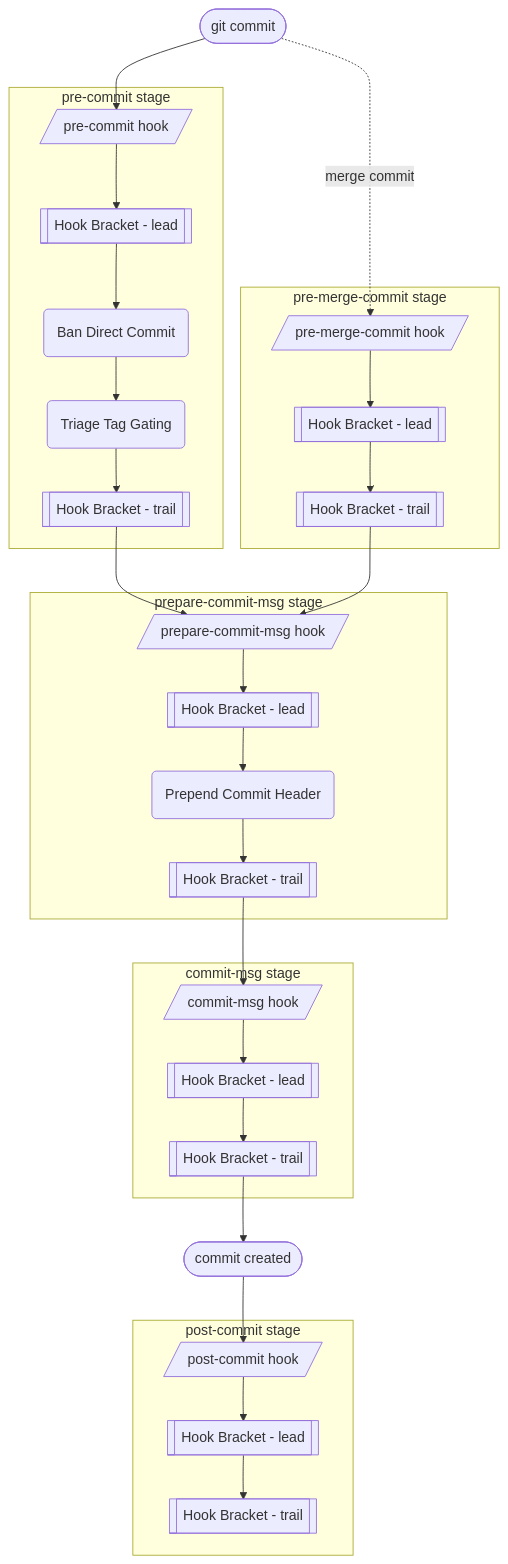
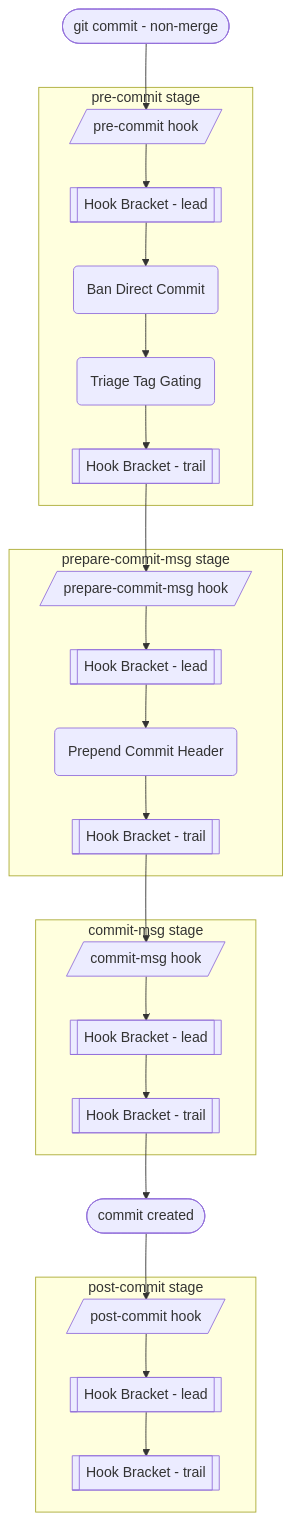
One commit to kami-lel/hupy changed the first of 11 diagrams in docs/flow_doc.md. Above: the diagram before and after it, drawn with Mermaid. The commit also changed other lines of this file, not shown here.

First line of the commit message:
docs: split Commit flow into non-merge vs new Merge Flow diagrams

````diff
--- a/docs/flow_doc.md
+++ b/docs/flow_doc.md
@@ -42,44 +42,36 @@
 ```mermaid
 flowchart TD
-    commit([git commit])
+    commit([git commit - non-merge])
 
     %% pre-commit stage
     subgraph precommit [pre-commit stage]
         pre[/pre-commit hook/] --> lead1[[Hook Bracket - lead]]
         lead1 --> bdc(Ban Direct Commit) --> ttg(Triage Tag Gating)
         ttg --> trail1[[Hook Bracket - trail]]
-    end
-
-    %% pre-merge-commit stage
-    subgraph premergecommit [pre-merge-commit stage]
-        premerge[/pre-merge-commit hook/] --> lead1b[[Hook Bracket - lead]]
-        lead1b --> trail1b[[Hook Bracket - trail]]
     end
 
     %% prepare-commit-msg stage
     subgraph preparemsg [prepare-commit-msg stage]
         prep[/prepare-commit-msg hook/] --> lead2[[Hook Bracket - lead]]
         lead2 --> pch(Prepend Commit Header)
         pch --> trail2[[Hook Bracket - trail]]
     end
 
     %% commit-msg stage
     subgraph commitmsg [commit-msg stage]
         cmsg[/commit-msg hook/] --> lead2b[[Hook Bracket - lead]]
         lead2b --> trail2b[[Hook Bracket - trail]]
     end
 
     %% post-commit stage
     subgraph postcommit [post-commit stage]
         post[/post-commit hook/] --> lead3[[Hook Bracket - lead]]
         lead3 --> trail3[[Hook Bracket - trail]]
     end
 
     commit --> pre
-    commit -. merge commit .-> premerge
     trail1 --> prep
-    trail1b --> prep
     trail2 --> cmsg
     trail2b --> created([commit created])
     created --> post
 ```
````
